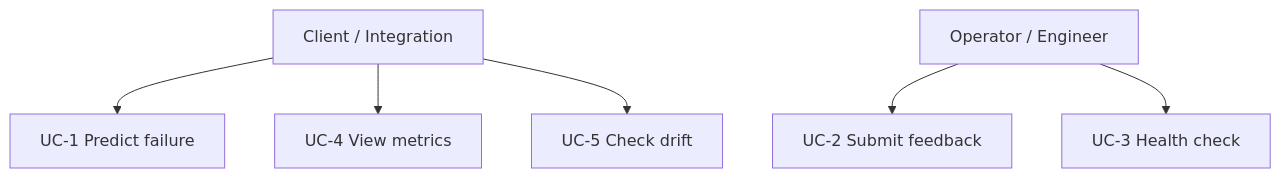
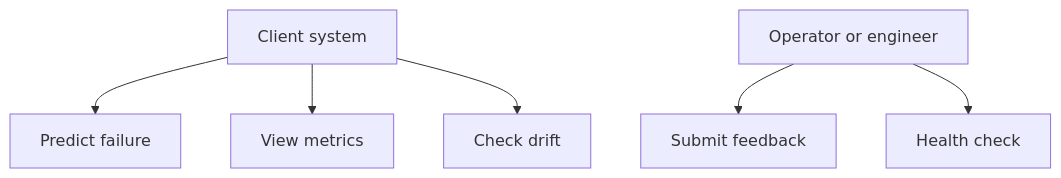
Before and after one commit to nhahub/NHA-4-190: the second of 9 diagrams in docs/03_system_design.md, drawn with Mermaid. The commit also changed other lines of this file and 8 other files, not shown here.

````diff
--- a/docs/03_system_design.md
+++ b/docs/03_system_design.md
@@ -35,10 +35,10 @@
 ```mermaid
 flowchart TB
-  Client[Client / Integration]
-  Ops[Operator / Engineer]
-  Client --> UC1[UC-1 Predict failure]
-  Client --> UC4[UC-4 View metrics]
-  Client --> UC5[UC-5 Check drift]
-  Ops --> UC2[UC-2 Submit feedback]
-  Ops --> UC3[UC-3 Health check]
+  Client[Client system]
+  Ops[Operator or engineer]
+  Client --> UC1[Predict failure]
+  Client --> UC4[View metrics]
+  Client --> UC5[Check drift]
+  Ops --> UC2[Submit feedback]
+  Ops --> UC3[Health check]
 ```
````
